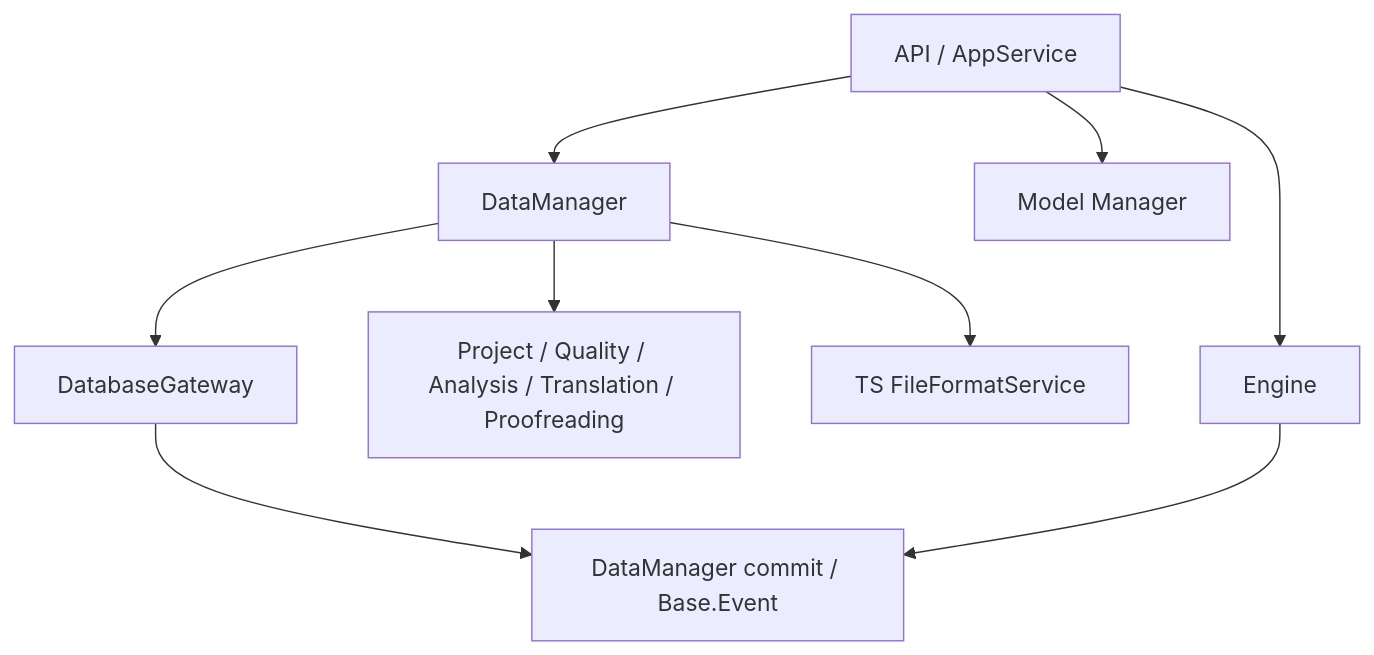
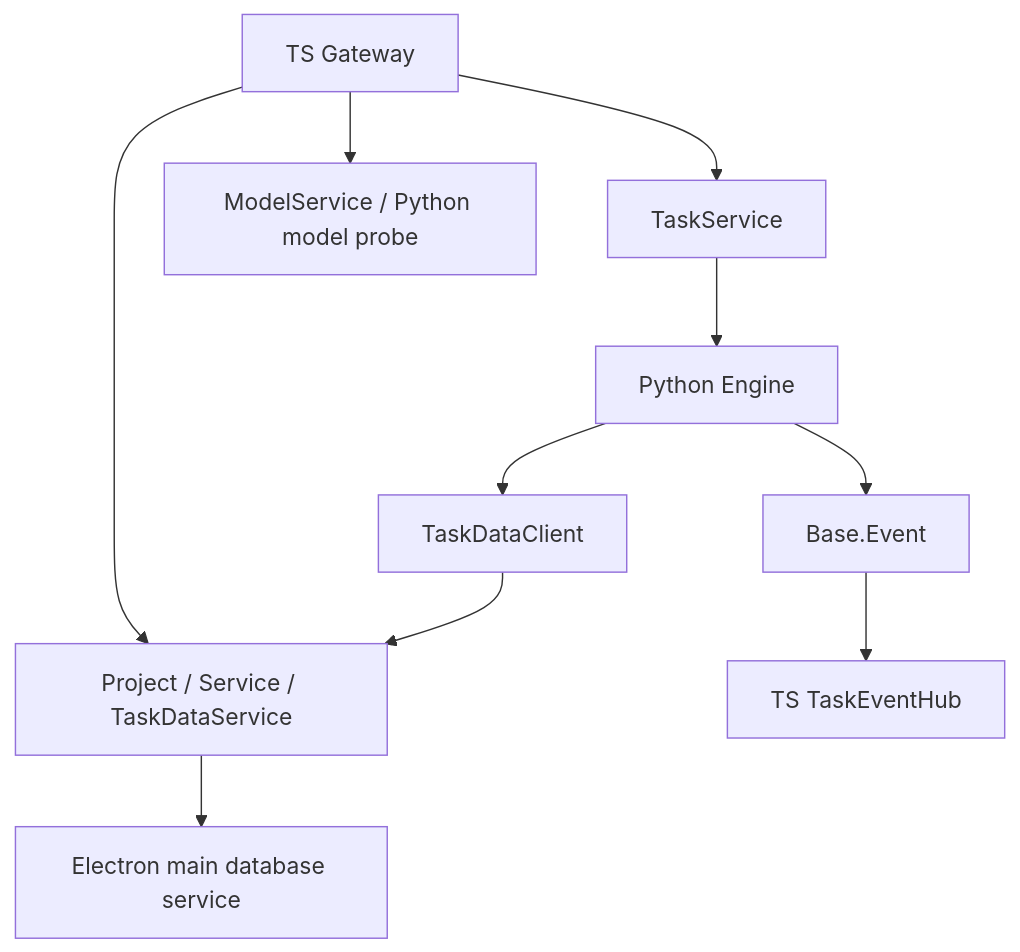
One commit to neavo/LinguaGacha changed the first of 4 diagrams in docs/DATA.md. Above: the diagram before and after it, drawn with Mermaid. The commit also changed other lines of this file and 53 other files, not shown here.

````diff
--- a/docs/DATA.md
+++ b/docs/DATA.md
@@ -17,11 +17,12 @@
 ```mermaid
 flowchart TD
-    A["API / AppService"] --> B["DataManager"]
-    A --> C["Engine"]
-    B --> D["Project / Quality / Analysis / Translation / Proofreading"]
-    B --> E["TS FileFormatService"]
-    B --> F["DatabaseGateway"]
-    F --> H["Electron main database service"]
-    A --> G["Model Manager"]
-    C --> H["DataManager commit / Base.Event"]
+    A["TS Gateway"] --> B["Project / Service / TaskDataService"]
+    B --> C["Electron main database service"]
+    A --> D["TaskService"]
+    D --> E["Python Engine"]
+    E --> F["TaskDataClient"]
+    F --> B
+    E --> G["Base.Event"]
+    G --> H["TS TaskEventHub"]
+    A --> I["ModelService / Python model probe"]
 ```
````
